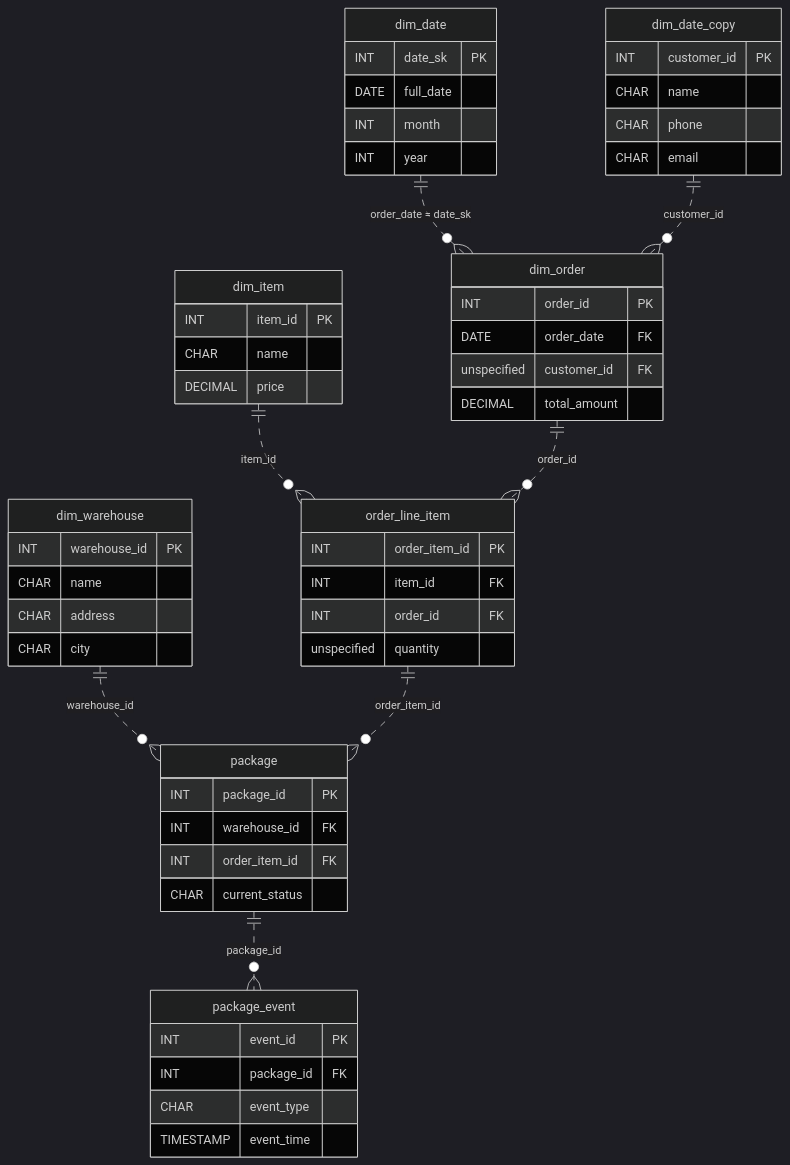
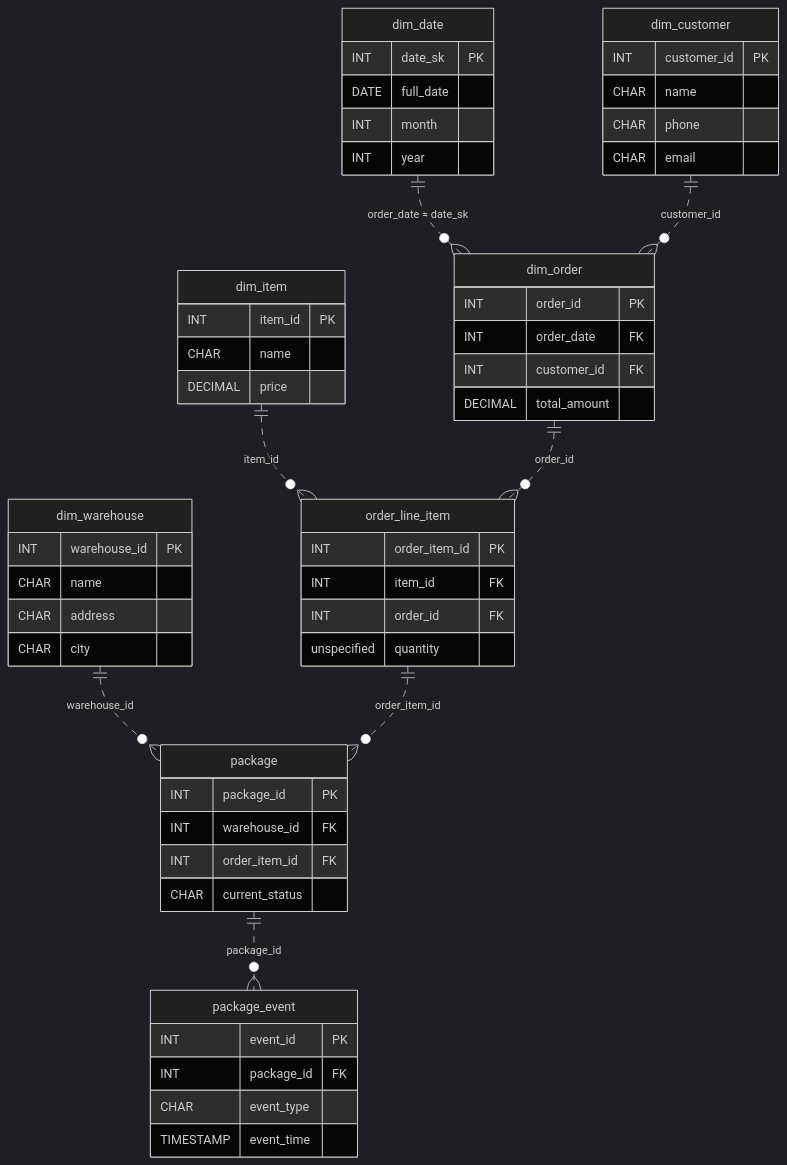
The diagram in practice/data_modeling/the-last-mile/README.md (Khangtran94/datadriven-practice), drawn with Mermaid (dark theme) before and after one commit. The commit also changed 2 other files, not shown here.

Commit message:
Solve the-last-mile

````diff
--- a/practice/data_modeling/the-last-mile/README.md
+++ b/practice/data_modeling/the-last-mile/README.md
@@ -18,57 +18,57 @@
 ```mermaid
 erDiagram
     dim_date {
         INT date_sk PK
         DATE full_date
         INT month
         INT year
     }
     dim_order {
         INT order_id PK
-        DATE order_date FK
-        unspecified customer_id FK
+        INT order_date FK
+        INT customer_id FK
         DECIMAL total_amount
     }
-    dim_date_copy {
+    dim_customer {
         INT customer_id PK
         CHAR name
         CHAR phone
         CHAR email
     }
     dim_item {
         INT item_id PK
         CHAR name
         DECIMAL price
     }
     order_line_item {
         INT order_item_id PK
         INT item_id FK
         INT order_id FK
         unspecified quantity
     }
     package {
         INT package_id PK
         INT warehouse_id FK
         INT order_item_id FK
         CHAR current_status
     }
     dim_warehouse {
         INT warehouse_id PK
         CHAR name
         CHAR address
         CHAR city
     }
     package_event {
         INT event_id PK
         INT package_id FK
         CHAR event_type
         TIMESTAMP event_time
     }
     dim_date only one optionally to zero or more dim_order : "order_date = date_sk"
-    dim_date_copy only one optionally to zero or more dim_order : "customer_id"
+    dim_customer only one optionally to zero or more dim_order : "customer_id"
     dim_item only one optionally to zero or more order_line_item : "item_id"
     dim_order only one optionally to zero or more order_line_item : "order_id"
     dim_warehouse only one optionally to zero or more package : "warehouse_id"
     order_line_item only one optionally to zero or more package : "order_item_id"
     package only one optionally to zero or more package_event : "package_id"
 ```
````
